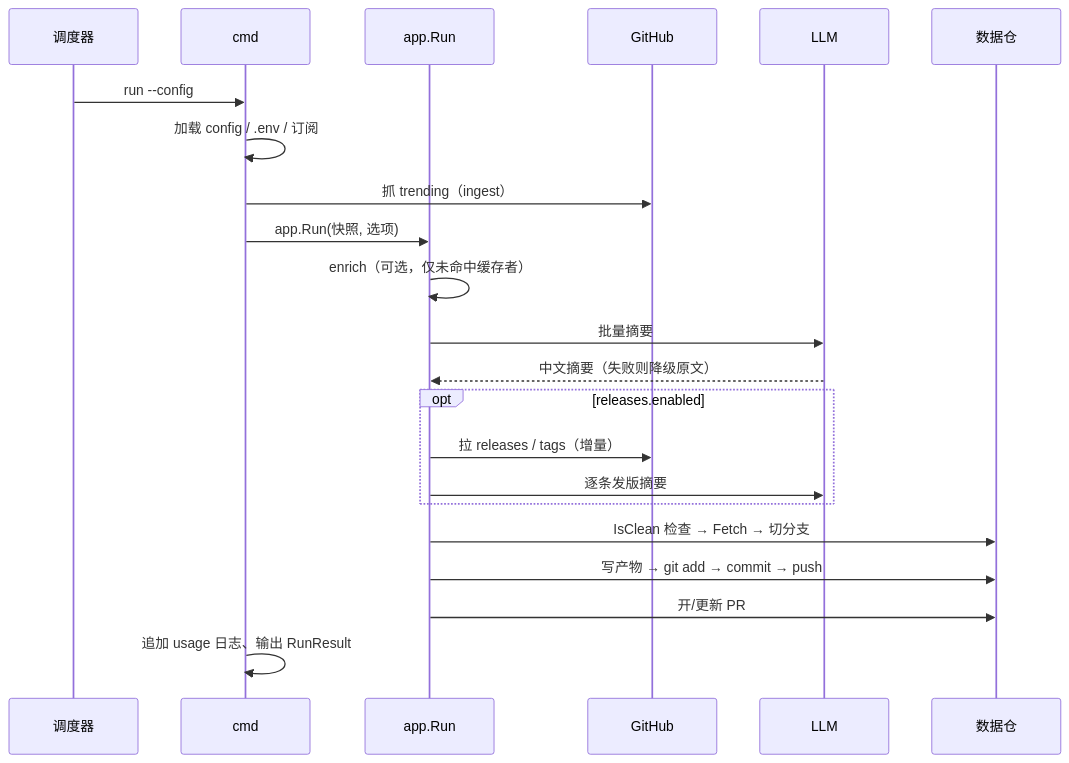
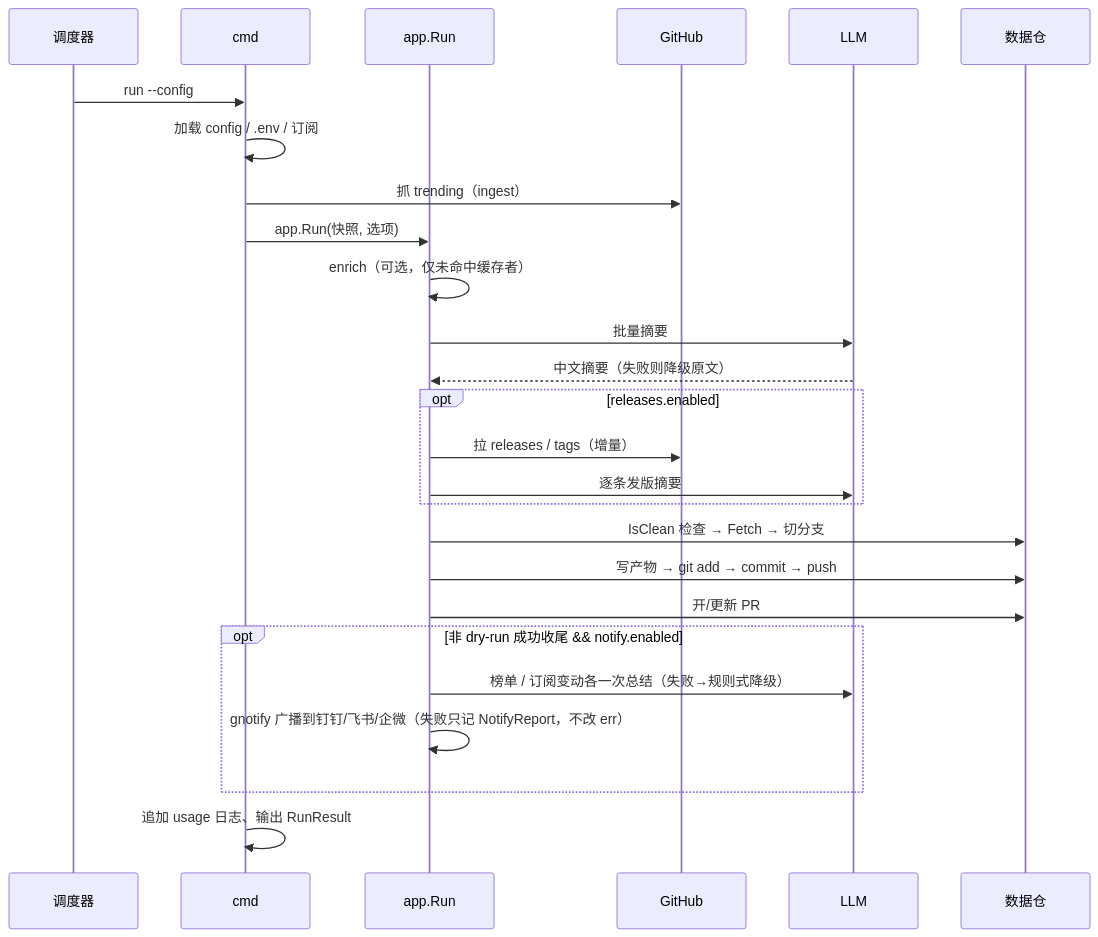
The diagram in docs/architecture.md (morehao/trendradar), drawn with Mermaid before and after one commit. The commit also changed other lines of this file and 34 other files, not shown here.

````diff
--- a/docs/architecture.md
+++ b/docs/architecture.md
@@ -84,24 +85,28 @@
 ```mermaid
 sequenceDiagram
   participant S as 调度器
   participant C as cmd
   participant A as app.Run
   participant G as GitHub
   participant M as LLM
   participant R as 数据仓
   S->>C: run --config
   C->>C: 加载 config / .env / 订阅
   C->>G: 抓 trending（ingest）
   C->>A: app.Run(快照, 选项)
   A->>A: enrich（可选，仅未命中缓存者）
   A->>M: 批量摘要
   M-->>A: 中文摘要（失败则降级原文）
   opt releases.enabled
     A->>G: 拉 releases / tags（增量）
     A->>M: 逐条发版摘要
   end
   A->>R: IsClean 检查 → Fetch → 切分支
   A->>R: 写产物 → git add → commit → push
   A->>R: 开/更新 PR
+  opt 非 dry-run 成功收尾 && notify.enabled
+    A->>M: 榜单 / 订阅变动各一次总结（失败→规则式降级）
+    A->>A: gnotify 广播到钉钉/飞书/企微（失败只记 NotifyReport，不改 err）
+  end
   C->>C: 追加 usage 日志、输出 RunResult
 ```
````
